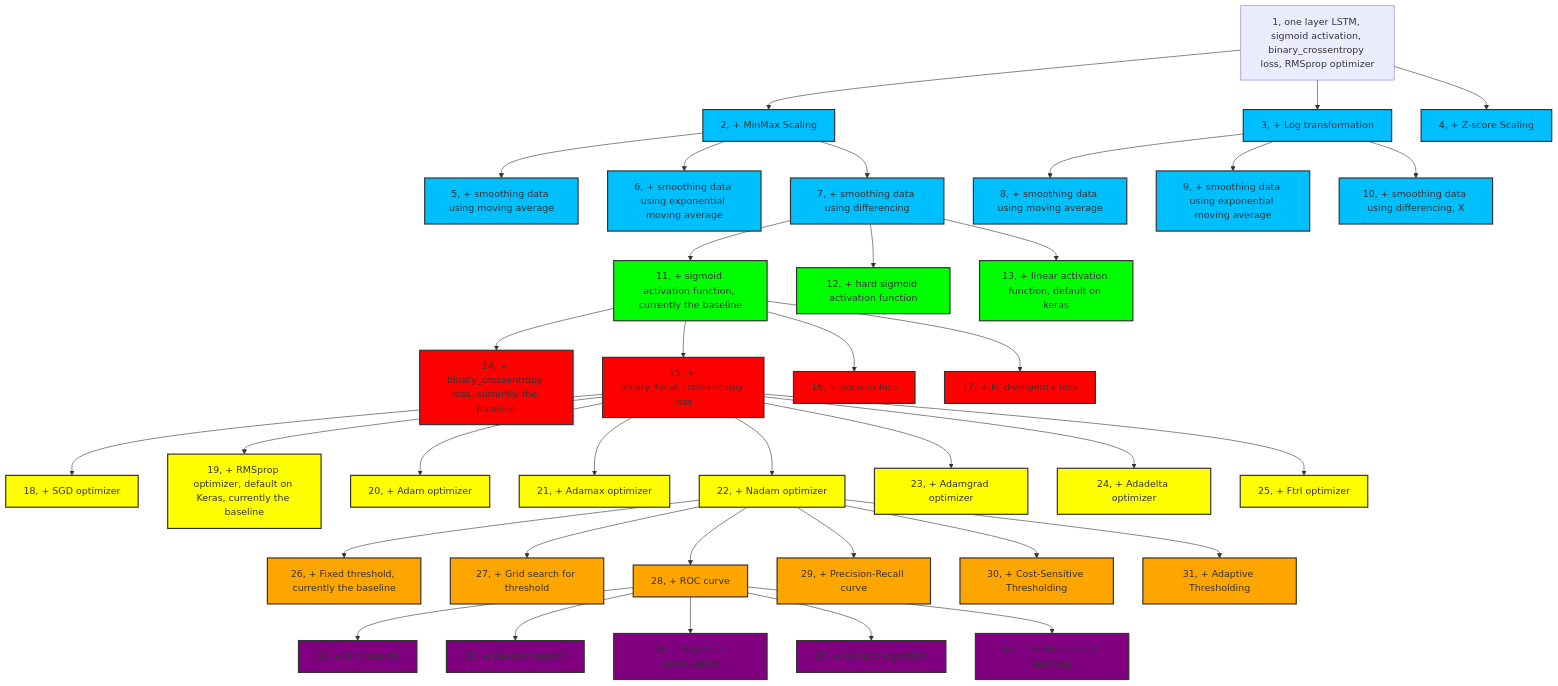
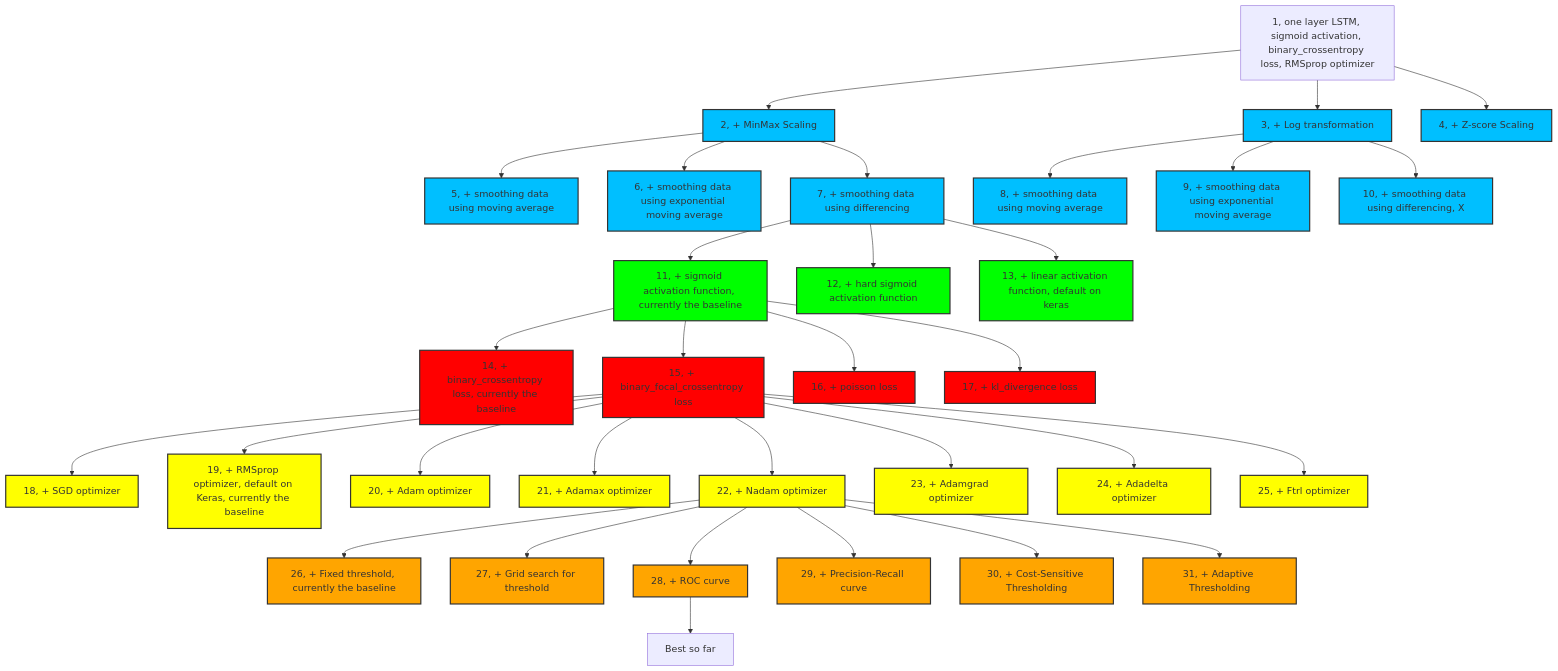
Before and after one commit to zihaozeng0021/currency-exchange-rate-forecasting: the diagram in src/models/LSTM/LSTM_classifier/experiment_hierarchy.md, drawn with Mermaid. The commit also changed 11 other files, not shown here.

````diff
--- a/src/models/LSTM/LSTM_classifier/experiment_hierarchy.md
+++ b/src/models/LSTM/LSTM_classifier/experiment_hierarchy.md
@@ -1,61 +1,55 @@
 ```mermaid
 graph TD
     1[1, one layer LSTM, sigmoid activation, binary_crossentropy loss, RMSprop optimizer] --> 2[2, + MinMax Scaling]
     1 --> 3[3, + Log transformation]
     1 --> 4[4, + Z-score Scaling]
     2 --> 5[5, + smoothing data using moving average]
     2 --> 6[6, + smoothing data using exponential moving average]
     2 --> 7[7, + smoothing data using differencing]
     3 --> 8[8, + smoothing data using moving average]
     3 --> 9[9, + smoothing data using exponential moving average]
     3 --> 10[10, + smoothing data using differencing, X]
     7 --> 11[11, + sigmoid activation function, currently the baseline]
     7 --> 12[12, + hard sigmoid activation function]
     7 --> 13[13, + linear activation function, default on keras]
     11 --> 14[14, + binary_crossentropy loss, currently the baseline]
     11 --> 15[15, + binary_focal_crossentropy loss]
     11 --> 16[16, + poisson loss]
     11 --> 17[17, + kl_divergence loss]
     15 --> 18[18, + SGD optimizer]
     15 --> 19[19, + RMSprop optimizer, default on Keras, currently the baseline]
     15 --> 20[20, + Adam optimizer]
     15 --> 21[21, + Adamax optimizer]
     15 --> 22[22, + Nadam optimizer]
     15 --> 23[23, + Adamgrad optimizer]
     15 --> 24[24, + Adadelta optimizer]
     15 --> 25[25, + Ftrl optimizer]
     22 --> 26[26, + Fixed threshold, currently the baseline]
     22 --> 27[27, + Grid search for threshold]
     22 --> 28[28, + ROC curve]
     22 --> 29[29, + Precision-Recall curve]
     22 --> 30[30, + Cost-Sensitive Thresholding]
     22 --> 31[31, + Adaptive Thresholding]
-    28 --> 32[32, + Grid search]
-    28 --> 33[33, + Random search]
-    28 --> 34[34, + Bayesian optimization]
-    28 --> 35[35, + Genetic algorithm]
-    28 --> 36[36, + Reinforcement learning] 
+    28 --> 32[Best so far]
     
     
     
     
     classDef brightBlue fill:#00BFFF,stroke:#333,stroke-width:2px;
     class 2,3,4,5,6,7,8,9,10 brightBlue;
     
     classDef brightGreen fill:#00FF00,stroke:#333,stroke-width:2px;
     class 11,12,13 brightGreen;
     
     classDef brightRed fill:#FF0000,stroke:#333,stroke-width:2px;
     class 14,15,16,17 brightRed;
     
     classDef brightYellow fill:#FFFF00,stroke:#333,stroke-width:2px;
     class 18,19,20,21,22,23,24,25 brightYellow;
     
     classDef brightOrange fill:#FFA500,stroke:#333,stroke-width:2px;
     class 26,27,28,29,30,31 brightOrange;
-    
-    classDef brightPurple fill:#800080,stroke:#333,stroke-width:2px;
-    class 32,33,34,35,36 brightPurple;
+
     
     
 ```
````
